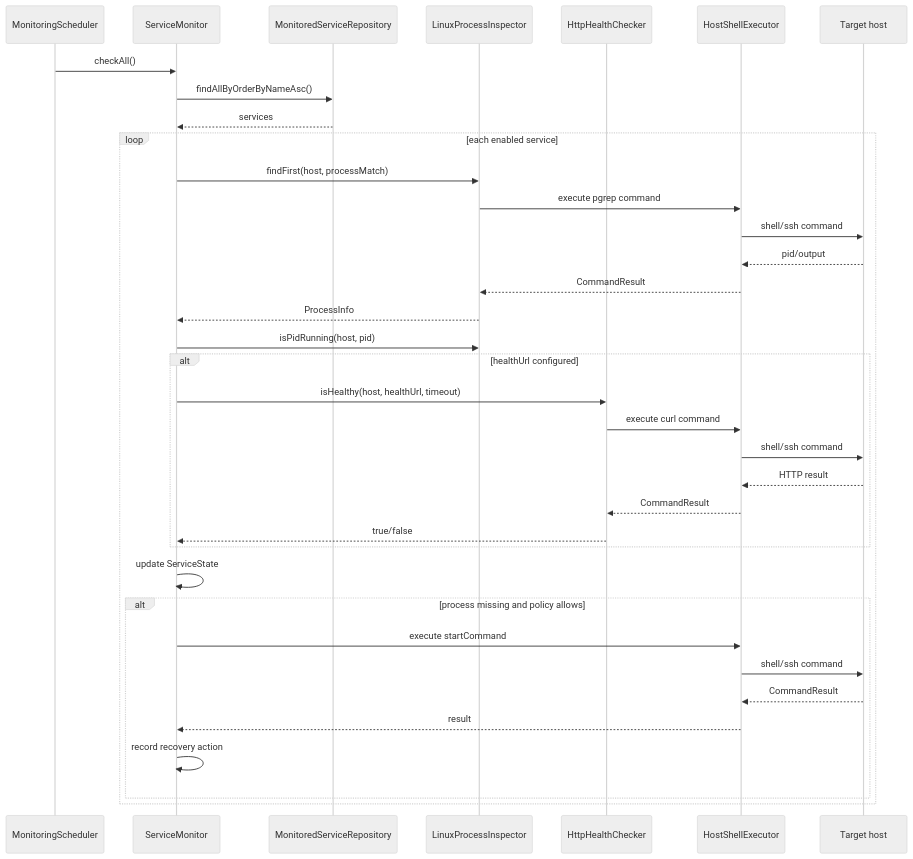
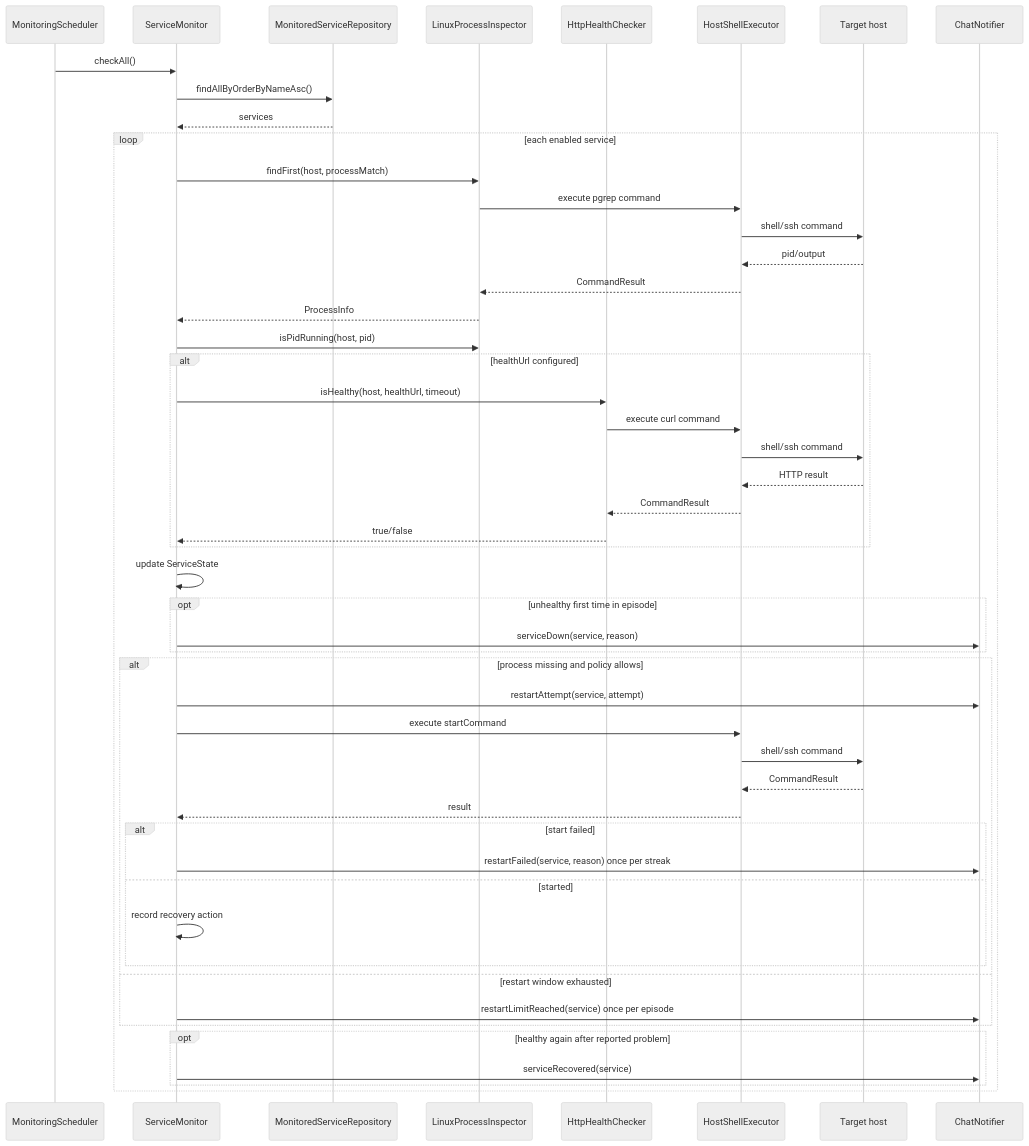
One commit to Keos99/host-guardian changed the second of 5 diagrams in ARCHITECTURE_DESCRIPTION_RU.md. Above: the diagram before and after it, drawn with Mermaid (neutral theme). The commit also changed other lines of this file and 9 other files, not shown here.

````diff
--- a/ARCHITECTURE_DESCRIPTION_RU.md
+++ b/ARCHITECTURE_DESCRIPTION_RU.md
@@ -223,39 +252,53 @@
 ```mermaid
 sequenceDiagram
     participant S as MonitoringScheduler
     participant M as ServiceMonitor
     participant R as MonitoredServiceRepository
     participant P as LinuxProcessInspector
     participant H as HttpHealthChecker
     participant E as HostShellExecutor
     participant T as Target host
+    participant N as ChatNotifier
 
     S->>M: checkAll()
     M->>R: findAllByOrderByNameAsc()
     R-->>M: services
     loop each enabled service
         M->>P: findFirst(host, processMatch)
         P->>E: execute pgrep command
         E->>T: shell/ssh command
         T-->>E: pid/output
         E-->>P: CommandResult
         P-->>M: ProcessInfo
         M->>P: isPidRunning(host, pid)
         alt healthUrl configured
             M->>H: isHealthy(host, healthUrl, timeout)
             H->>E: execute curl command
             E->>T: shell/ssh command
             T-->>E: HTTP result
             E-->>H: CommandResult
             H-->>M: true/false
         end
         M->>M: update ServiceState
+        opt unhealthy first time in episode
+            M->>N: serviceDown(service, reason)
+        end
         alt process missing and policy allows
+            M->>N: restartAttempt(service, attempt)
             M->>E: execute startCommand
             E->>T: shell/ssh command
             T-->>E: CommandResult
             E-->>M: result
-            M->>M: record recovery action
+            alt start failed
+                M->>N: restartFailed(service, reason) once per streak
+            else started
+                M->>M: record recovery action
+            end
+        else restart window exhausted
+            M->>N: restartLimitReached(service) once per episode
+        end
+        opt healthy again after reported problem
+            M->>N: serviceRecovered(service)
         end
     end
 ```
````
